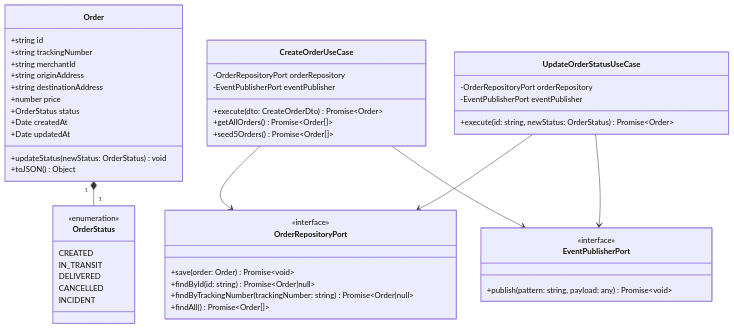
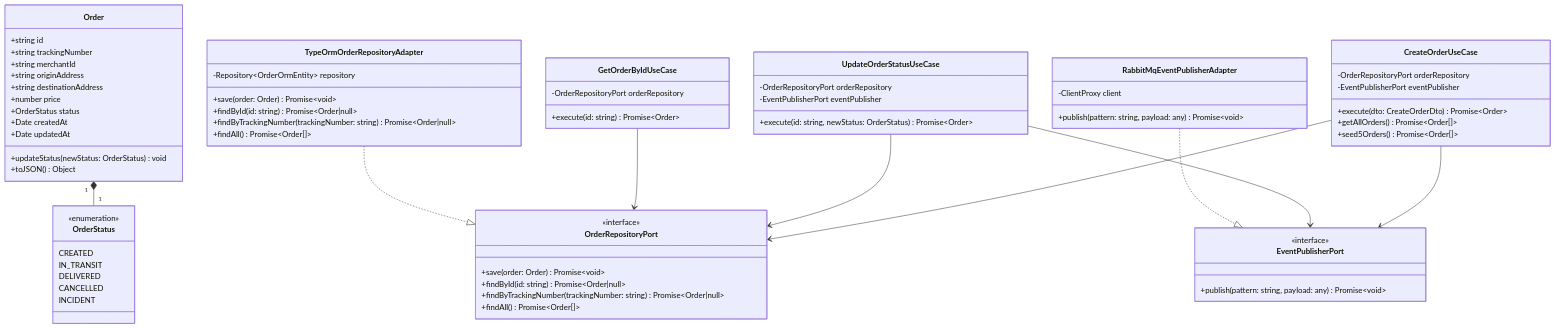
One commit to pablocelva/logipulse-ai changed the diagram in apps/orders-service/README.md. Above: the diagram before and after it, drawn with Mermaid. The commit also changed other lines of this file and 6 other files, not shown here.

````diff
--- a/apps/orders-service/README.md
+++ b/apps/orders-service/README.md
@@ -126,58 +130,79 @@
 ```mermaid
 classDiagram
     class Order {
         +string id
         +string trackingNumber
         +string merchantId
         +string originAddress
         +string destinationAddress
         +number price
         +OrderStatus status
         +Date createdAt
         +Date updatedAt
         +updateStatus(newStatus: OrderStatus) void
         +toJSON() Object
     }
 
     class OrderStatus {
         <<enumeration>>
         CREATED
         IN_TRANSIT
         DELIVERED
         CANCELLED
         INCIDENT
     }
 
     class CreateOrderUseCase {
         -OrderRepositoryPort orderRepository
         -EventPublisherPort eventPublisher
         +execute(dto: CreateOrderDto) Promise~Order~
         +getAllOrders() Promise~Order[]~
         +seed5Orders() Promise~Order[]~
     }
 
     class UpdateOrderStatusUseCase {
         -OrderRepositoryPort orderRepository
         -EventPublisherPort eventPublisher
         +execute(id: string, newStatus: OrderStatus) Promise~Order~
     }
 
+    class GetOrderByIdUseCase {
+        -OrderRepositoryPort orderRepository
+        +execute(id: string) Promise~Order~
+    }
+
     class OrderRepositoryPort {
         <<interface>>
         +save(order: Order) Promise~void~
         +findById(id: string) Promise~Order|null~
         +findByTrackingNumber(trackingNumber: string) Promise~Order|null~
         +findAll() Promise~Order[]~
     }
 
     class EventPublisherPort {
         <<interface>>
         +publish(pattern: string, payload: any) Promise~void~
     }
 
+    class TypeOrmOrderRepositoryAdapter {
+        -Repository~OrderOrmEntity~ repository
+        +save(order: Order) Promise~void~
+        +findById(id: string) Promise~Order|null~
+        +findByTrackingNumber(trackingNumber: string) Promise~Order|null~
+        +findAll() Promise~Order[]~
+    }
+
+    class RabbitMqEventPublisherAdapter {
+        -ClientProxy client
+        +publish(pattern: string, payload: any) Promise~void~
+    }
+
     Order "1" *-- "1" OrderStatus
     CreateOrderUseCase --> OrderRepositoryPort
     CreateOrderUseCase --> EventPublisherPort
     UpdateOrderStatusUseCase --> OrderRepositoryPort
     UpdateOrderStatusUseCase --> EventPublisherPort
+    GetOrderByIdUseCase --> OrderRepositoryPort
+    TypeOrmOrderRepositoryAdapter ..|> OrderRepositoryPort
+    RabbitMqEventPublisherAdapter ..|> EventPublisherPort
 ```
````
